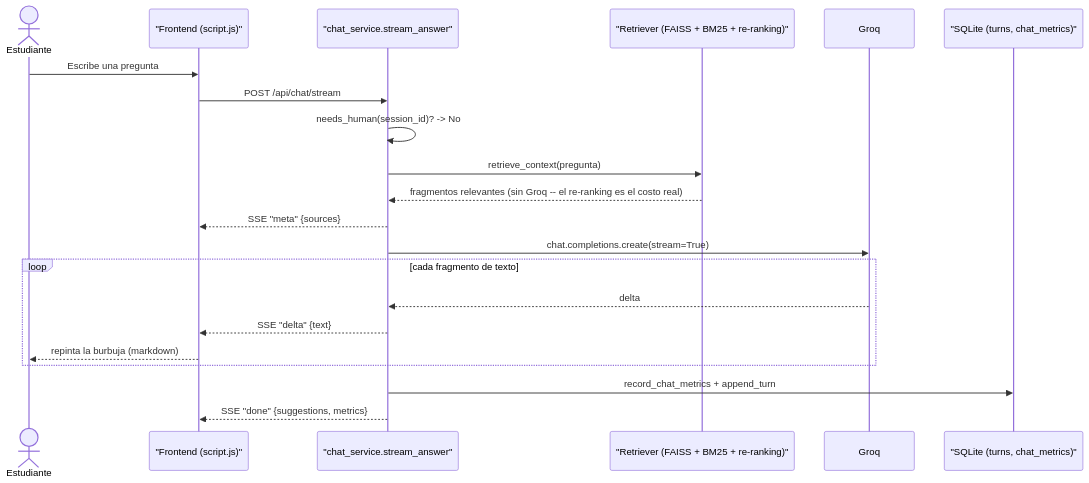
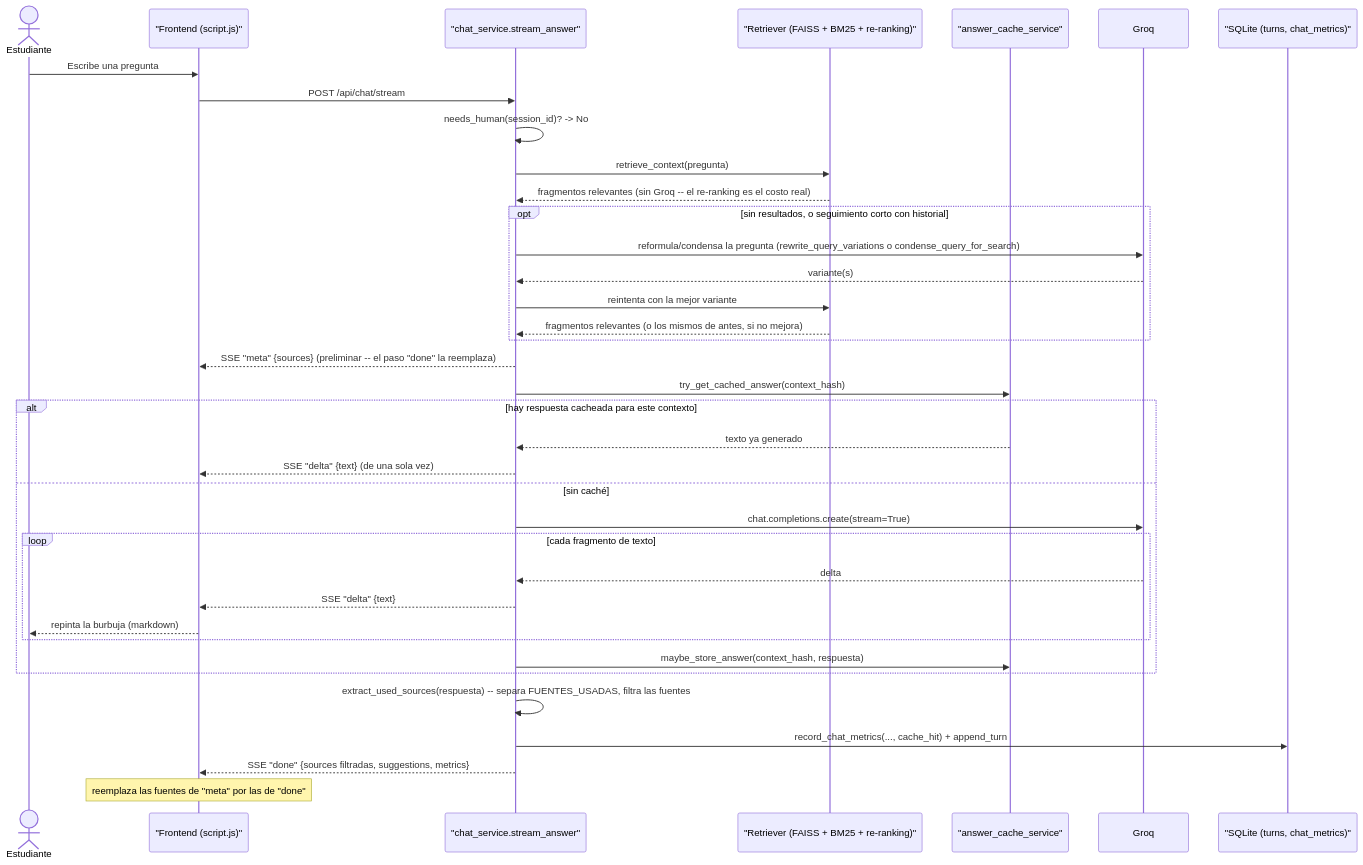
Before and after one commit to DaniWapp/chatbot: the first of 11 diagrams in docs/diagramas-de-secuencia.md, drawn with Mermaid. The commit also changed other lines of this file and 13 other files, not shown here.

````diff
--- a/docs/diagramas-de-secuencia.md
+++ b/docs/diagramas-de-secuencia.md
@@ -35,24 +37,40 @@
 ```mermaid
 sequenceDiagram
     actor Estudiante
     participant FE as "Frontend (script.js)"
     participant API as "chat_service.stream_answer"
     participant RAG as "Retriever (FAISS + BM25 + re-ranking)"
+    participant Cache as "answer_cache_service"
     participant Groq
     participant DB as "SQLite (turns, chat_metrics)"
 
     Estudiante->>FE: Escribe una pregunta
     FE->>API: POST /api/chat/stream
     API->>API: needs_human(session_id)? -> No
     API->>RAG: retrieve_context(pregunta)
     RAG-->>API: fragmentos relevantes (sin Groq -- el re-ranking es el costo real)
-    API-->>FE: SSE "meta" {sources}
-    API->>Groq: chat.completions.create(stream=True)
-    loop cada fragmento de texto
-        Groq-->>API: delta
-        API-->>FE: SSE "delta" {text}
-        FE-->>Estudiante: repinta la burbuja (markdown)
+    opt sin resultados, o seguimiento corto con historial
+        API->>Groq: reformula/condensa la pregunta (rewrite_query_variations o condense_query_for_search)
+        Groq-->>API: variante(s)
+        API->>RAG: reintenta con la mejor variante
+        RAG-->>API: fragmentos relevantes (o los mismos de antes, si no mejora)
     end
-    API->>DB: record_chat_metrics + append_turn
-    API-->>FE: SSE "done" {suggestions, metrics}
+    API-->>FE: SSE "meta" {sources} (preliminar -- el paso "done" la reemplaza)
+    API->>Cache: try_get_cached_answer(context_hash)
+    alt hay respuesta cacheada para este contexto
+        Cache-->>API: texto ya generado
+        API-->>FE: SSE "delta" {text} (de una sola vez)
+    else sin caché
+        API->>Groq: chat.completions.create(stream=True)
+        loop cada fragmento de texto
+            Groq-->>API: delta
+            API-->>FE: SSE "delta" {text}
+            FE-->>Estudiante: repinta la burbuja (markdown)
+        end
+        API->>Cache: maybe_store_answer(context_hash, respuesta)
+    end
+    API->>API: extract_used_sources(respuesta) -- separa FUENTES_USADAS, filtra las fuentes
+    API->>DB: record_chat_metrics(..., cache_hit) + append_turn
+    API-->>FE: SSE "done" {sources filtradas, suggestions, metrics}
+    Note over FE: reemplaza las fuentes de "meta" por las de "done"
 ```
````
